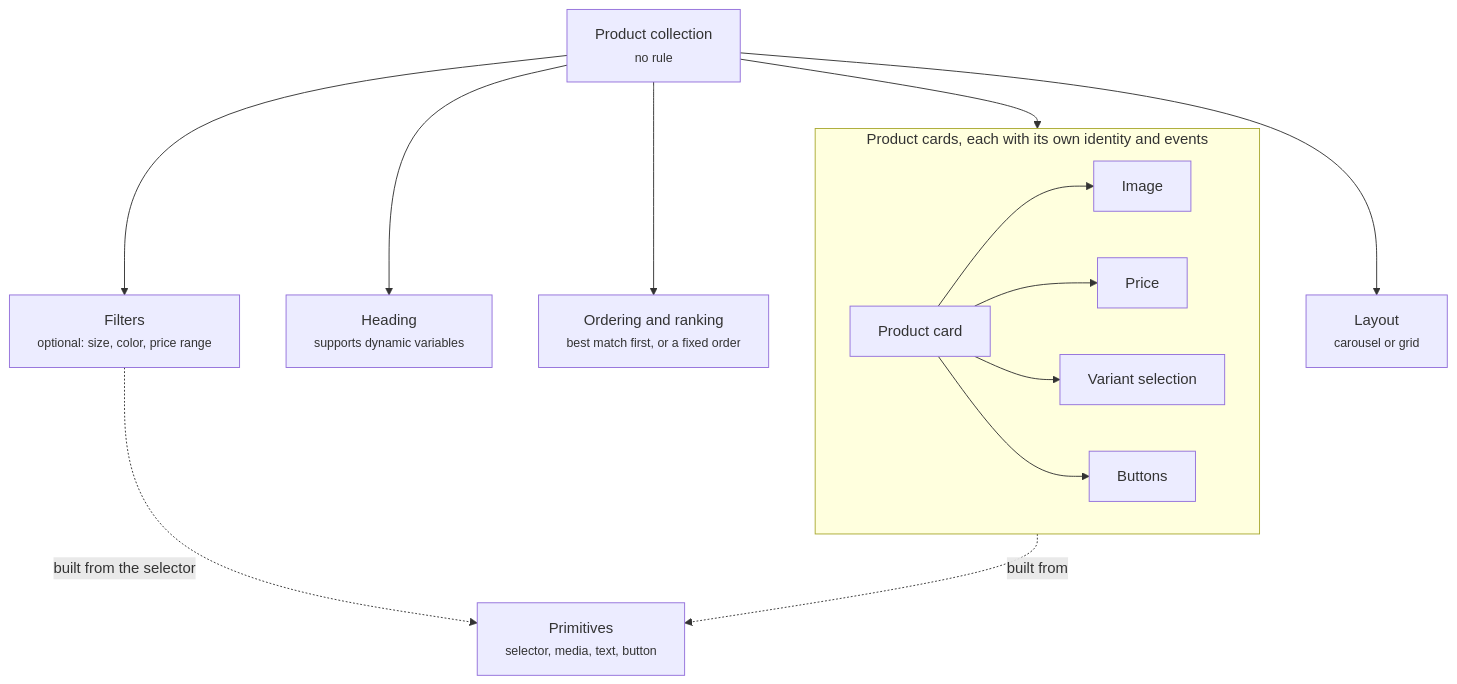
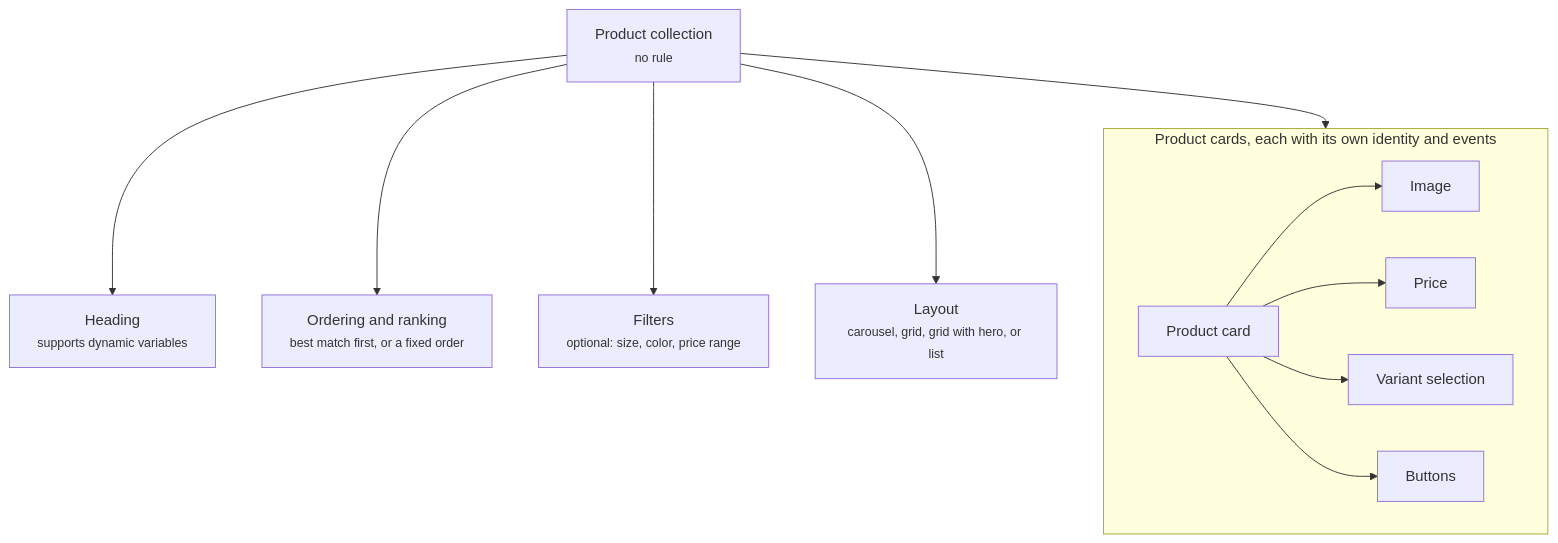
Before and after one commit to crossword-ai/docs: the diagram in components/cards/product-collection.mdx, drawn with Mermaid. The commit also changed other lines of this file and 89 other files, not shown here.

````diff
--- a/components/cards/product-collection.mdx
+++ b/components/cards/product-collection.mdx
@@ -12,19 +16,16 @@
 ```mermaid
 flowchart TB
   COL["Product collection<br/><small>no rule</small>"]
   COL --> HD["Heading<br/><small>supports dynamic variables</small>"]
   COL --> ORD["Ordering and ranking<br/><small>best match first, or a fixed order</small>"]
   COL --> FIL["Filters<br/><small>optional: size, color, price range</small>"]
-  COL --> LAY["Layout<br/><small>carousel or grid</small>"]
+  COL --> LAY["Layout<br/><small>carousel, grid, grid with hero, or list</small>"]
   COL --> CARDS
   subgraph CARDS["Product cards, each with its own identity and events"]
     PC["Product card"]
     PC --> IMG["Image"]
     PC --> PR["Price"]
     PC --> VAR["Variant selection"]
     PC --> BTN["Buttons"]
   end
-  PRIM["Primitives<br/><small>selector, media, text, button</small>"]
-  FIL -. "built from the selector" .-> PRIM
-  CARDS -. "built from" .-> PRIM
 ```
````
